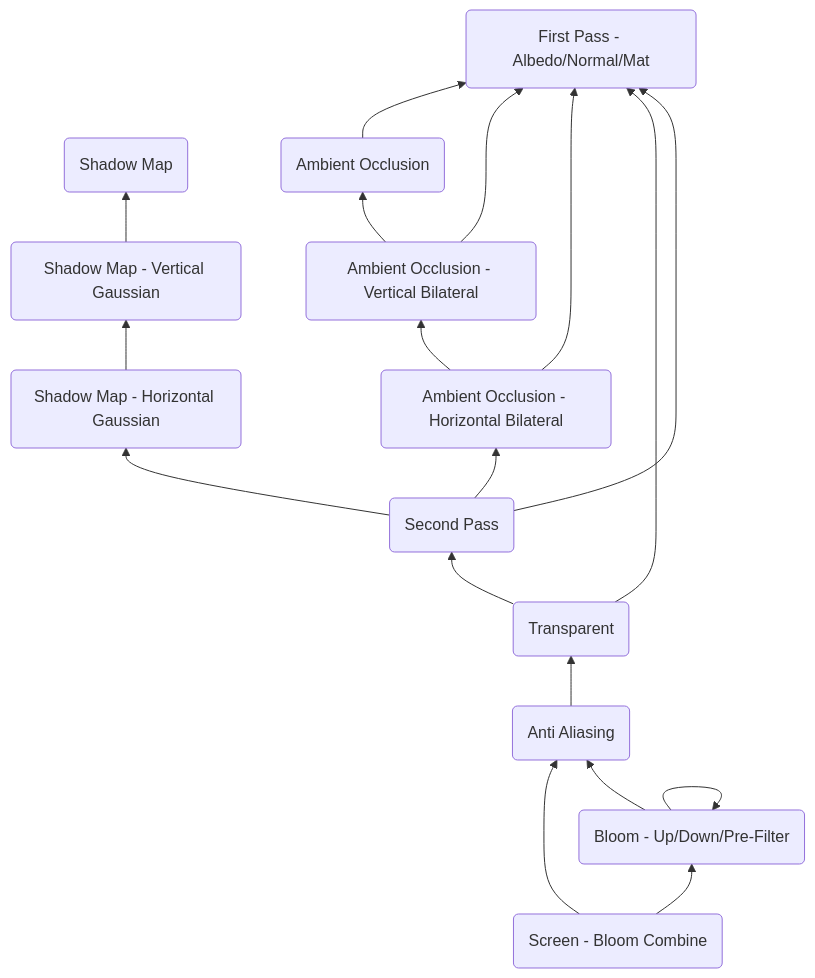
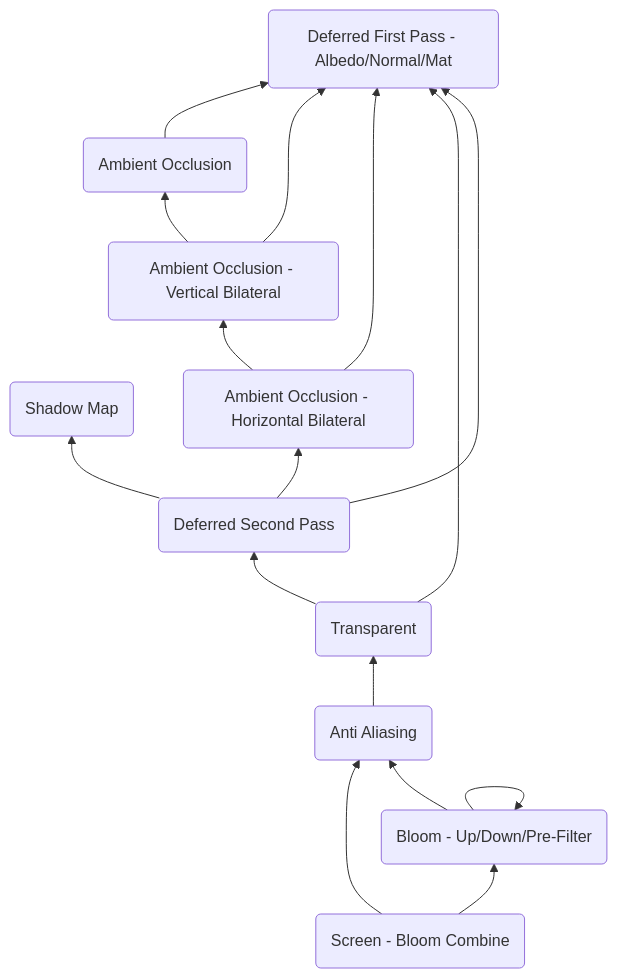
One commit to petitg1987/urchinEngine changed the diagram in 3dEngine/docs/DependencyGraph.md. Above: the diagram before and after it, drawn with Mermaid. The commit also changed 16 other files, not shown here.

````diff
--- a/3dEngine/docs/DependencyGraph.md
+++ b/3dEngine/docs/DependencyGraph.md
@@ -3,20 +3,18 @@
 ```mermaid
 graph BT
-    A(Screen - Bloom Combine) -->B(Bloom - Up/Down/Pre-Filter)
+    A(Screen - Bloom Combine) --> B(Bloom - Up/Down/Pre-Filter)
     B --> B
     B --> C(Anti Aliasing)
     A --> C
     C --> D(Transparent)
-    D --> E(Second Pass)
-    E --> F(Shadow Map - Horizontal Gaussian)
-    F --> G(Shadow Map - Vertical Gaussian)
-    G --> H(Shadow Map)
-    E --> K(First Pass - Albedo/Normal/Mat)
+    D --> E(Deferred Second Pass)
+    E --> H(Shadow Map)
+    E --> K(Deferred First Pass - Albedo/Normal/Mat)
     D --> K
     E --> M(Ambient Occlusion - Horizontal Bilateral)
     M --> K
     M --> N(Ambient Occlusion - Vertical Bilateral)
     N --> K
     N --> O(Ambient Occlusion)
     O --> K
 ```
````
